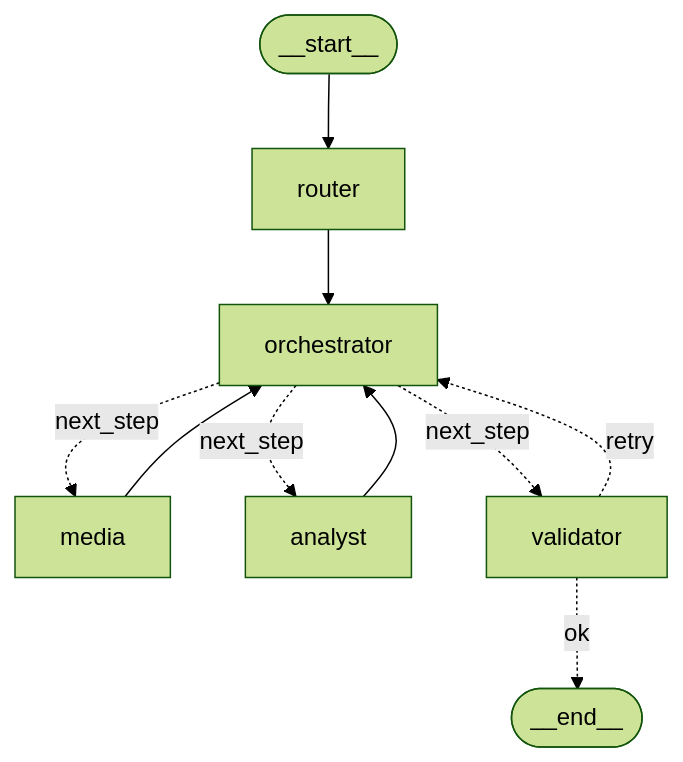
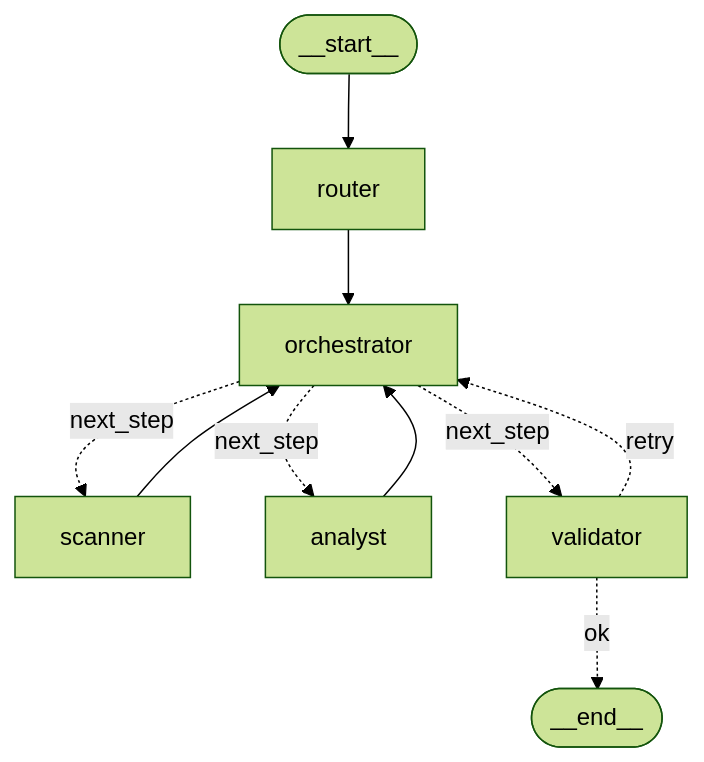
One commit to Zancrow20/LLMs changed the first of 6 diagrams in task3-agent/diagrams/diagrams.md. Above: the diagram before and after it, drawn with Mermaid (forest theme). The commit also changed other lines of this file and 57 other files, not shown here.

````diff
--- a/task3-agent/diagrams/diagrams.md
+++ b/task3-agent/diagrams/diagrams.md
@@ -41,12 +41,12 @@
 ```mermaid
 flowchart TD
   start([__start__]) --> router
   router --> orchestrator
-  orchestrator -.->|next_step| media
+  orchestrator -.->|next_step| scanner
   orchestrator -.->|next_step| analyst
   orchestrator -.->|next_step| validator
-  media --> orchestrator
+  scanner --> orchestrator
   analyst --> orchestrator
   validator -.->|ok| finish([__end__])
   validator -.->|retry| orchestrator
 ```
````
